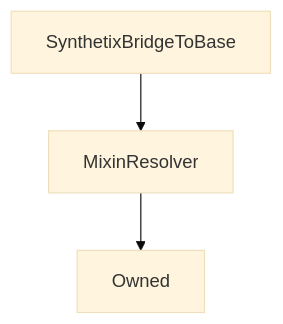
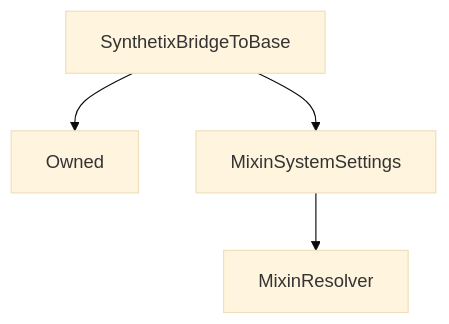
Before and after one commit to Synthetixio/synthetix-docs: the diagram in content/contracts/source/contracts/SynthetixBridgeToBase.md, drawn with Mermaid (base theme). The commit also changed other lines of this file and 117 other files, not shown here.

````diff
--- a/content/contracts/source/contracts/SynthetixBridgeToBase.md
+++ b/content/contracts/source/contracts/SynthetixBridgeToBase.md
@@ -11,6 +11,7 @@
 ```mermaid
 graph TD
-    SynthetixBridgeToBase[SynthetixBridgeToBase] --> MixinResolver[MixinResolver]
-    MixinResolver[MixinResolver] --> Owned[Owned]
+    SynthetixBridgeToBase[SynthetixBridgeToBase] --> Owned[Owned]
+    SynthetixBridgeToBase[SynthetixBridgeToBase] --> MixinSystemSettings[MixinSystemSettings]
+    MixinSystemSettings[MixinSystemSettings] --> MixinResolver[MixinResolver]
 
 ```
````
